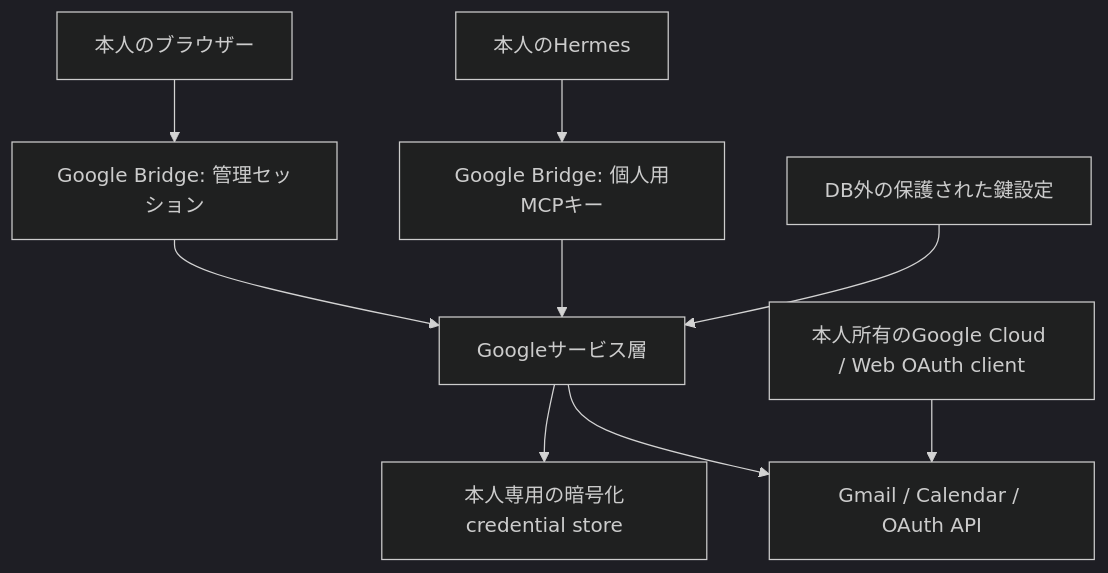
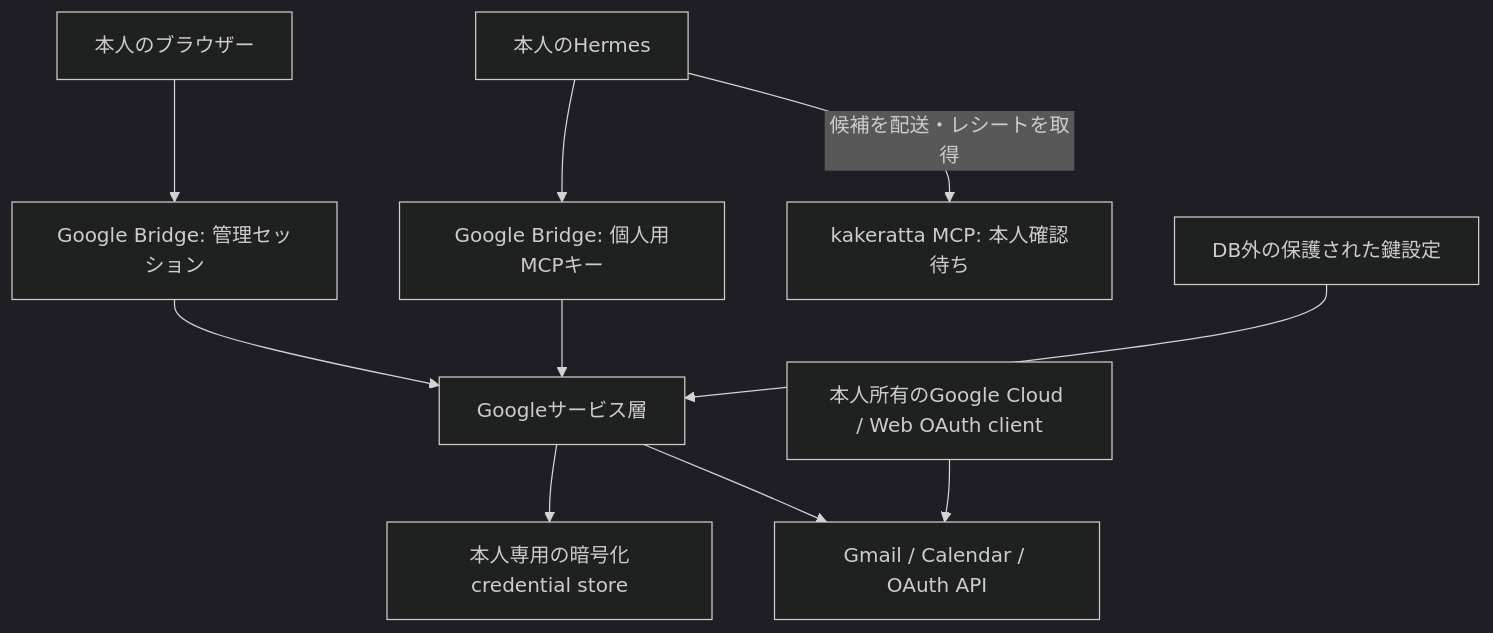
Before and after one commit to takeshy/kakeratta: the diagram in docs/design/google-hermes-integration-spec_ja.md, drawn with Mermaid (dark theme). The commit also changed other lines of this file and 40 other files, not shown here.

````diff
--- a/docs/design/google-hermes-integration-spec_ja.md
+++ b/docs/design/google-hermes-integration-spec_ja.md
@@ -15,11 +15,12 @@
 ```mermaid
 flowchart TD
   Browser[本人のブラウザー] --> Web[Google Bridge: 管理セッション]
   Hermes[本人のHermes] --> MCP[Google Bridge: 個人用MCPキー]
+  Hermes -->|候補を配送・レシートを取得| Kakeratta[kakeratta MCP: 本人確認待ち]
   Web --> Service[Googleサービス層]
   MCP --> Service
   Config[DB外の保護された鍵設定] --> Service
   Service --> Store[本人専用の暗号化credential store]
   Service --> Google[Gmail / Calendar / OAuth API]
   Project[本人所有のGoogle Cloud / Web OAuth client] --> Google
 ```
````
